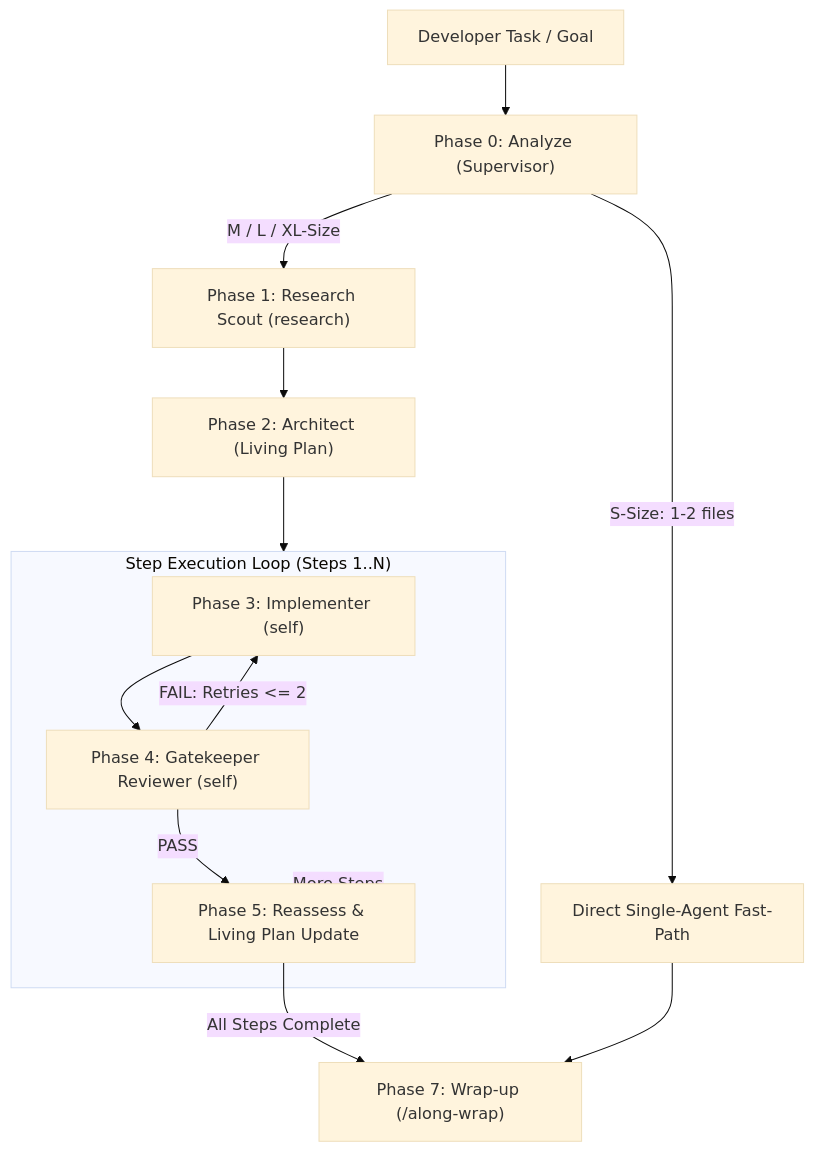
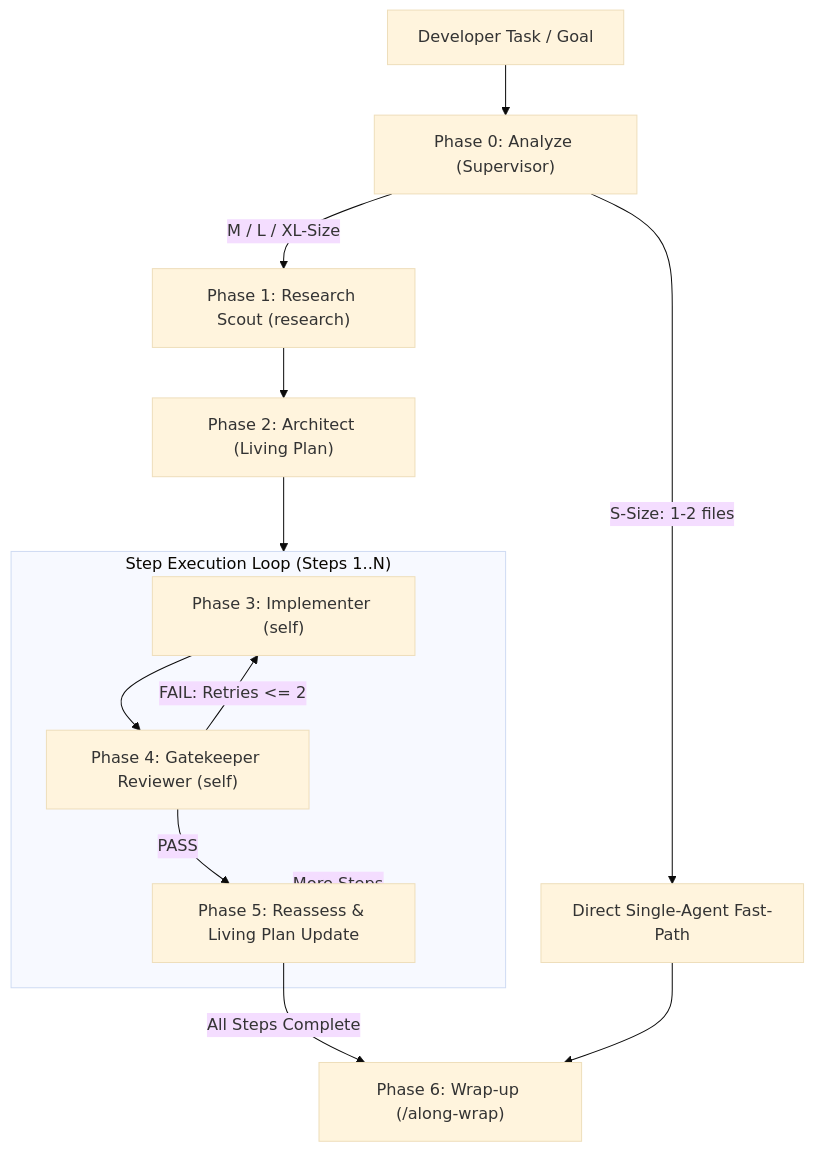
The fifth of 6 diagrams in docs/topic--architecture.md (actdim/along), drawn with Mermaid (base theme) before and after one commit. The commit also changed other lines of this file and 19 other files, not shown here.

Commit message:
docs: reconcile count claims, phase/rubric parity, snippet unit, along start approval, and provenance drift (refs #count-claim-and-plan-approval-drift)

````diff
--- a/docs/topic--architecture.md
+++ b/docs/topic--architecture.md
@@ -386,23 +386,23 @@
 ```mermaid
 flowchart TD
     TASK["Developer Task / Goal"] --> ANALYZE["Phase 0: Analyze (Supervisor)"]
     ANALYZE -->|S-Size: 1-2 files| FASTPATH["Direct Single-Agent Fast-Path"]
     ANALYZE -->|M / L / XL-Size| SCOUT["Phase 1: Research Scout (research)"]
     
     SCOUT --> ARCHITECT["Phase 2: Architect (Living Plan)"]
     
     subgraph StepLoop["Step Execution Loop (Steps 1..N)"]
         WORKER["Phase 3: Implementer (self)"]
         REVIEWER["Phase 4: Gatekeeper Reviewer (self)"]
         REASSESS["Phase 5: Reassess & Living Plan Update"]
         
         WORKER --> REVIEWER
         REVIEWER -->|FAIL: Retries <= 2| WORKER
         REVIEWER -->|PASS| REASSESS
     end
     
     ARCHITECT --> StepLoop
     REASSESS -->|More Steps| StepLoop
-    REASSESS -->|All Steps Complete| WRAP["Phase 7: Wrap-up (/along-wrap)"]
+    REASSESS -->|All Steps Complete| WRAP["Phase 6: Wrap-up (/along-wrap)"]
     FASTPATH --> WRAP
 ```
````
